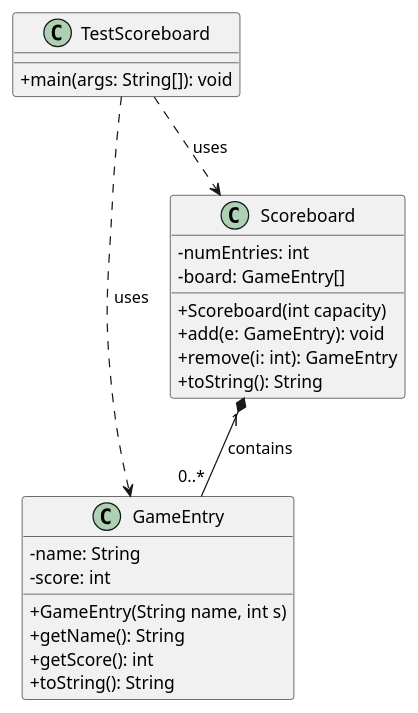
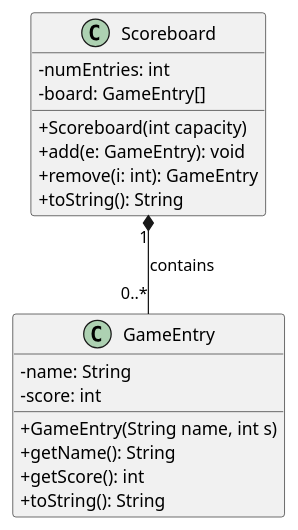
The second of 3 diagrams in lectures/lect-2-Arrays.md (ruslylove/datastruct), drawn with PlantUML before and after one commit. The commit also changed other lines of this file and 1 other file, not shown here.

````diff
--- a/lectures/lect-2-Arrays.md
+++ b/lectures/lect-2-Arrays.md
@@ -304,33 +304,27 @@
 ```plantuml {scale: 0.8}
 @startuml
 
 skinparam classAttributeIconSize 0
 
 class GameEntry {
   - name: String
   - score: int
   + GameEntry(String name, int s)
   + getName(): String
   + getScore(): int
   + toString(): String
 }
 
 class Scoreboard {
   - numEntries: int
   - board: GameEntry[]
   + Scoreboard(int capacity)
   + add(e: GameEntry): void
   + remove(i: int): GameEntry
   + toString(): String
 }
 
-class TestScoreboard {
-  + main(args: String[]): void
-}
-
 Scoreboard "1" *-- "0..*" GameEntry : contains
-TestScoreboard ..> Scoreboard : uses
-TestScoreboard ..> GameEntry : uses
 
 @enduml
 ```
````
